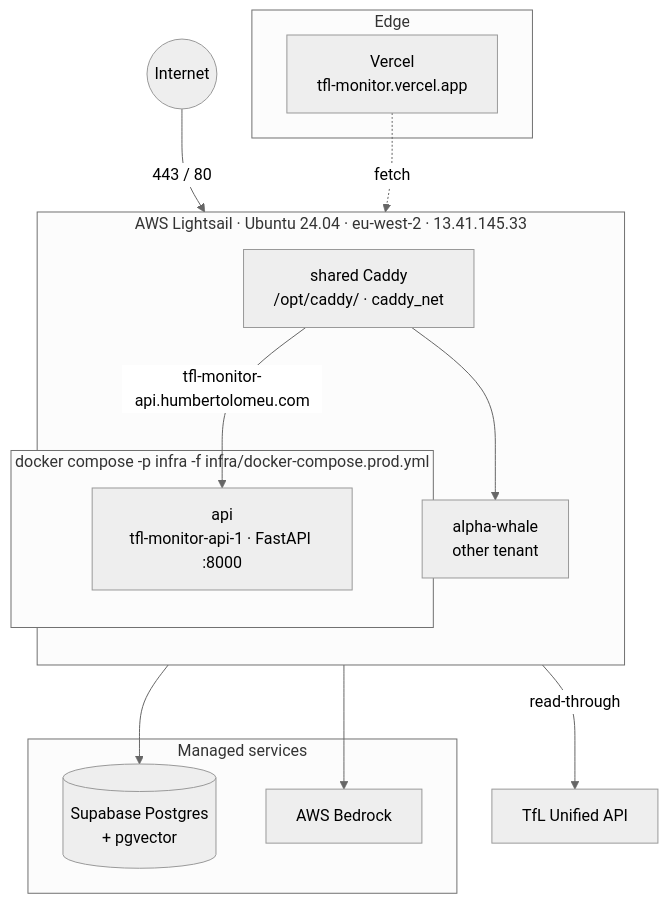
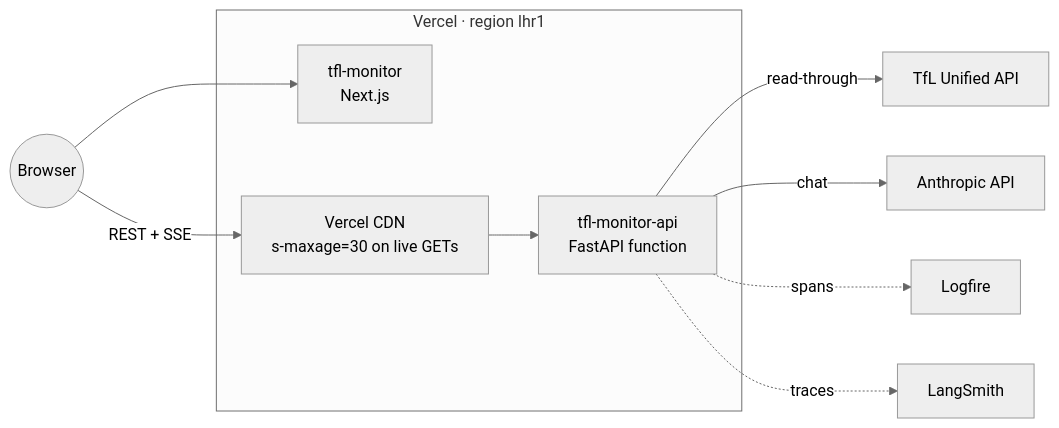
The diagram in docs/deployment.md (hcslomeu/tfl-monitor), drawn with Mermaid (neutral theme) before and after one commit. The commit also changed other lines of this file and 140 other files, not shown here.

First line of the commit message:
contract: move API to Vercel, drop RAG, Postgres and Bedrock (TM-36) (#252)

````diff
--- a/docs/deployment.md
+++ b/docs/deployment.md
@@ -31,28 +21,21 @@
 ```mermaid
-flowchart TB
-    INET((Internet))
-    INET -->|443 / 80| CADDY
-    subgraph LS["AWS Lightsail · Ubuntu 24.04 · eu-west-2 · 13.41.145.33"]
-      direction TB
-      CADDY[shared Caddy<br/>/opt/caddy/ · caddy_net]
-      subgraph INFRA["docker compose -p infra -f infra/docker-compose.prod.yml"]
-        API[api<br/>tfl-monitor-api-1 · FastAPI :8000]
-      end
-      ALPHA[alpha-whale<br/>other tenant]
-    end
-    subgraph CLOUD[Managed services]
-      SB[(Supabase Postgres<br/>+ pgvector)]
-      BR[AWS Bedrock]
-    end
-    subgraph EDGE[Edge]
-      VER[Vercel<br/>tfl-monitor.vercel.app]
+flowchart LR
+    USER((Browser))
+    subgraph VERCEL["Vercel · region lhr1"]
+      WEB[tfl-monitor<br/>Next.js]
+      CDN[Vercel CDN<br/>s-maxage=30 on live GETs]
+      FN[tfl-monitor-api<br/>FastAPI function]
     end
     TFL[TfL Unified API]
+    ANT[Anthropic API]
+    LF[Logfire]
+    LS[LangSmith]
 
-    CADDY -->|tfl-monitor-api.humbertolomeu.com| API
-    CADDY --> ALPHA
-    API -->|read-through| TFL
-    API --> SB
-    API --> BR
-    VER -.fetch.-> CADDY
+    USER --> WEB
+    USER -->|REST + SSE| CDN
+    CDN --> FN
+    FN -->|read-through| TFL
+    FN -->|chat| ANT
+    FN -.spans.-> LF
+    FN -.traces.-> LS
 ```
````
